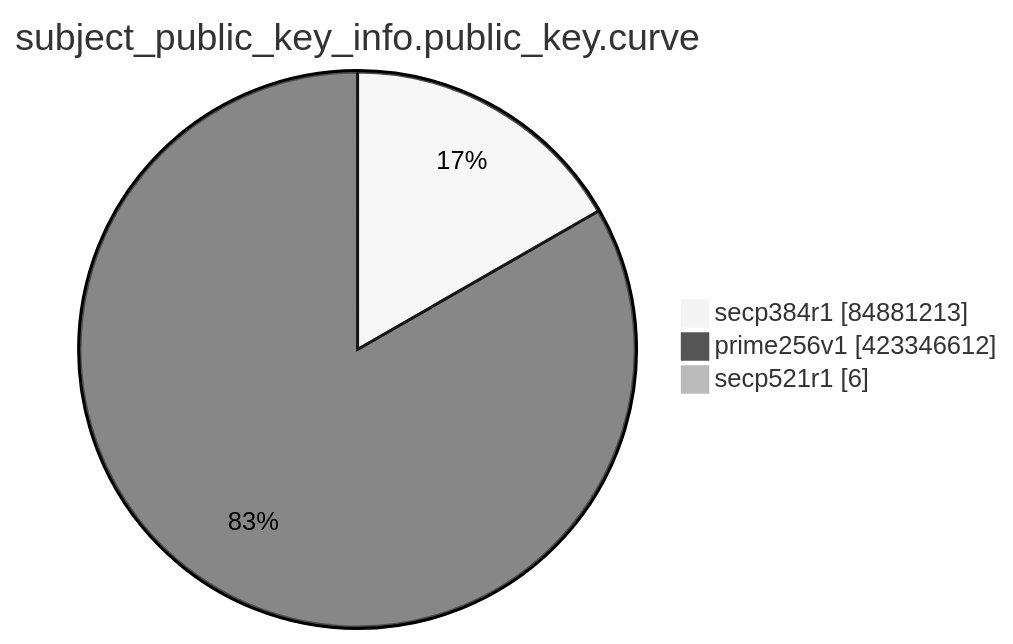
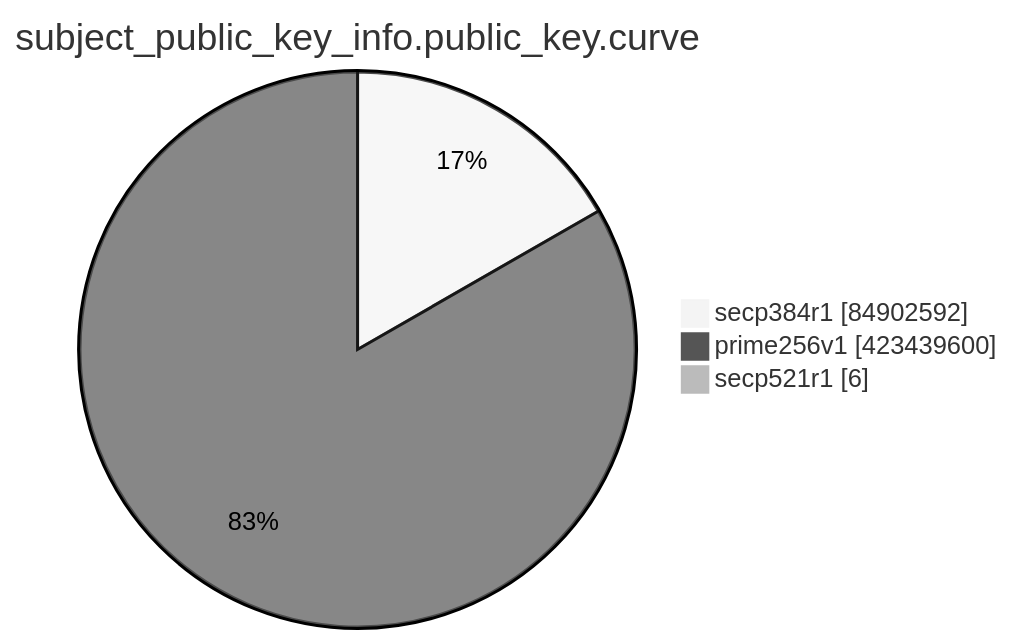
One commit to christiankrug/ctmonitor_visualization changed the eighth of 15 diagrams in TOTAL/README.md. Above: the diagram before and after it, drawn with Mermaid (neutral theme). The commit also changed other lines of this file, not shown here.

````diff
--- a/TOTAL/README.md
+++ b/TOTAL/README.md
@@ -3099,7 +3099,7 @@
 ```mermaid
 pie showData
 title subject_public_key_info.public_key.curve
-"secp384r1" :84881213
-"prime256v1" :423346612
+"secp384r1" :84902592
+"prime256v1" :423439600
 "secp521r1" :6
 ```
````
